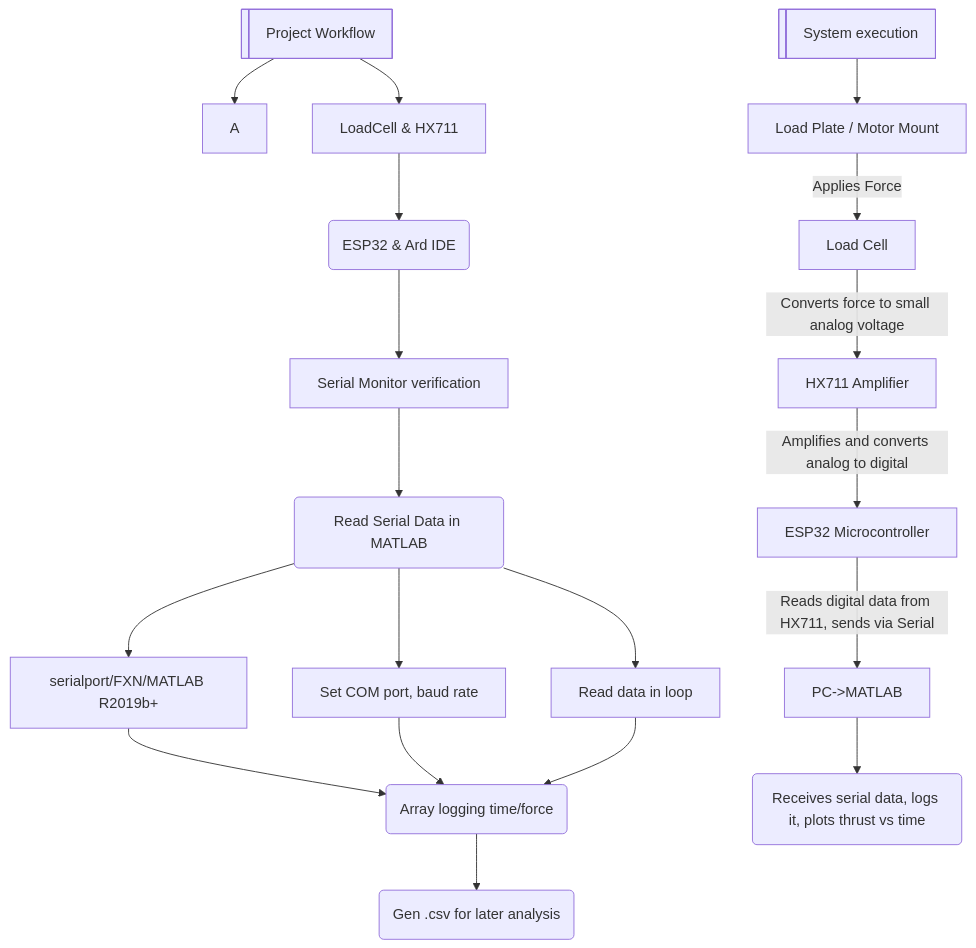
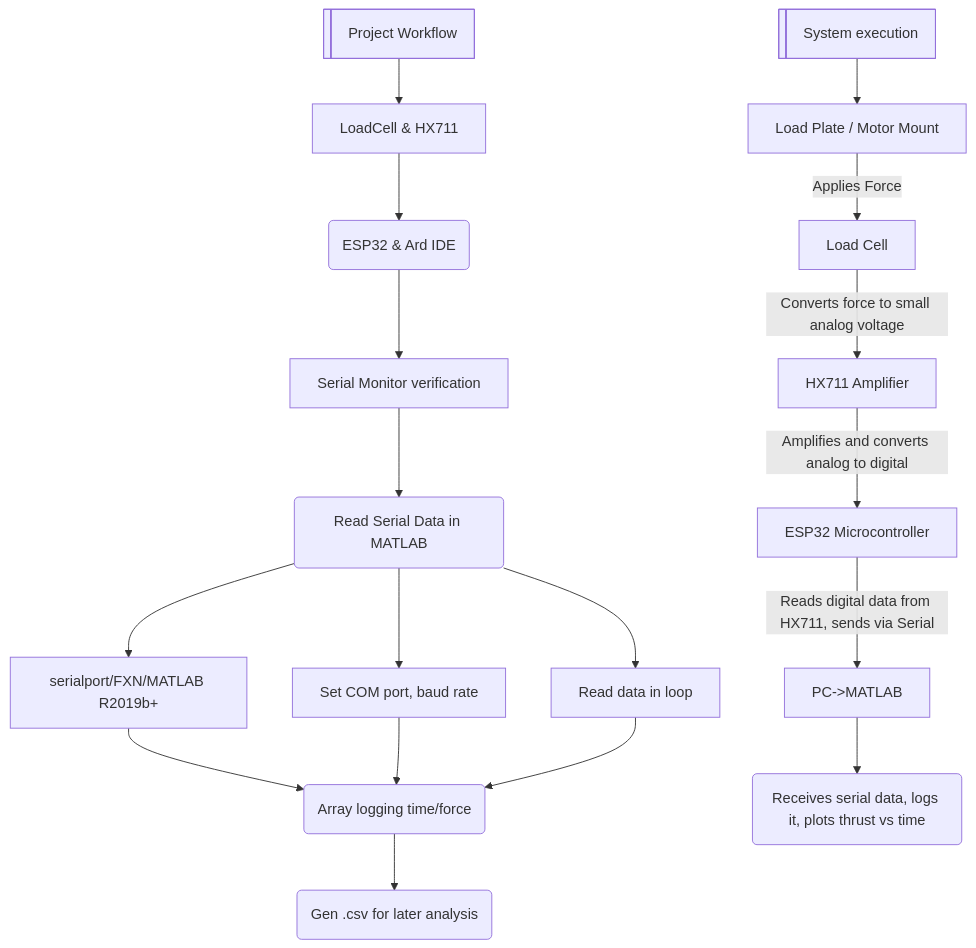
Before and after one commit to TF-141-0/IITKRaSET_axial_thrust-Load-cell_amp-plot: the diagram in README.md, drawn with Mermaid.

````diff
--- a/README.md
+++ b/README.md
@@ -4,23 +4,22 @@
 ```mermaid
 flowchart TD
-    LIP[Project Workflow] -->A
     LIP[Project Workflow] -->B
     B[LoadCell & HX711] --> C(ESP32 & Ard IDE)
     C --> D[Serial Monitor verification]
     D --> E(Read Serial Data in MATLAB)
     E --> F[serialport/FXN/MATLAB R2019b+]
     E --> G[Set COM port, baud rate]
     E --> H[Read data in loop]
     F --> I(Array logging time/force)
     G --> I
     H --> I
     I --> J(Gen .csv for later analysis)
 LIP@{ shape: lin-proc}
     LIP2[System execution] --> LP
     LP[ Load Plate / Motor Mount ] --> |Applies Force|AF[ Load Cell ]
      AF -->|Converts force to small analog voltage|HX[HX711 Amplifier]
      HX -->|Amplifies and converts analog to digital|ESP[ ESP32 Microcontroller ]
      ESP -->|Reads digital data from HX711, sends via Serial|MT[ PC->MATLAB ]
      MT -->SX(Receives serial data, logs it, plots thrust vs time)
 LIP2@{ shape: lin-proc}
   ```
````
